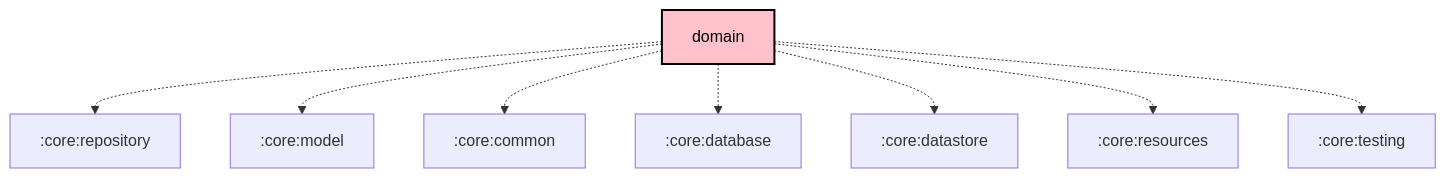
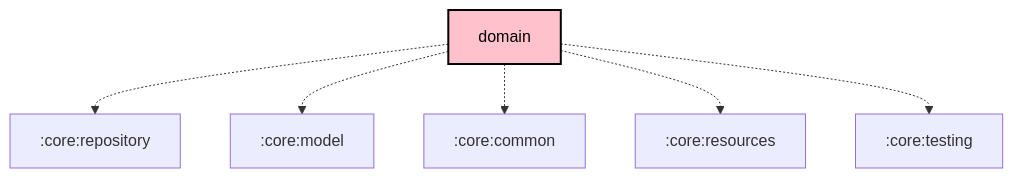
One commit to meshtastic/Meshtastic-Android changed the diagram in core/domain/README.md. Above: the diagram before and after it, drawn with Mermaid. The commit also changed other lines of this file and 3 other files, not shown here.

````diff
--- a/core/domain/README.md
+++ b/core/domain/README.md
@@ -107,25 +105,23 @@
 ```mermaid
 graph TB
   :core:domain[domain]:::kmp-library
   :core:domain -.-> :core:repository
   :core:domain -.-> :core:model
   :core:domain -.-> :core:common
-  :core:domain -.-> :core:database
-  :core:domain -.-> :core:datastore
   :core:domain -.-> :core:resources
   :core:domain -.-> :core:testing
 
 classDef android-application fill:#CAFFBF,stroke:#000,stroke-width:2px,color:#000;
 classDef android-application-compose fill:#CAFFBF,stroke:#000,stroke-width:2px,color:#000;
 classDef compose-desktop-application fill:#CAFFBF,stroke:#000,stroke-width:2px,color:#000;
 classDef android-feature fill:#FFD6A5,stroke:#000,stroke-width:2px,color:#000;
 classDef android-library fill:#9BF6FF,stroke:#000,stroke-width:2px,color:#000;
 classDef android-library-compose fill:#9BF6FF,stroke:#000,stroke-width:2px,color:#000;
 classDef android-test fill:#A0C4FF,stroke:#000,stroke-width:2px,color:#000;
 classDef jvm-library fill:#BDB2FF,stroke:#000,stroke-width:2px,color:#000;
 classDef kmp-feature fill:#FFD6A5,stroke:#000,stroke-width:2px,color:#000;
 classDef kmp-library-compose fill:#FFC1CC,stroke:#000,stroke-width:2px,color:#000;
 classDef kmp-library fill:#FFC1CC,stroke:#000,stroke-width:2px,color:#000;
 classDef unknown fill:#FFADAD,stroke:#000,stroke-width:2px,color:#000;
 
 ```
````
